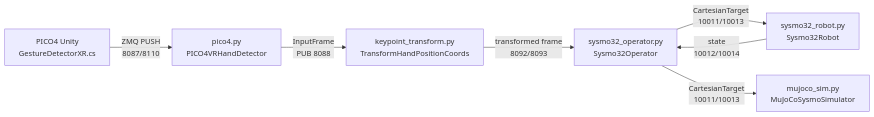
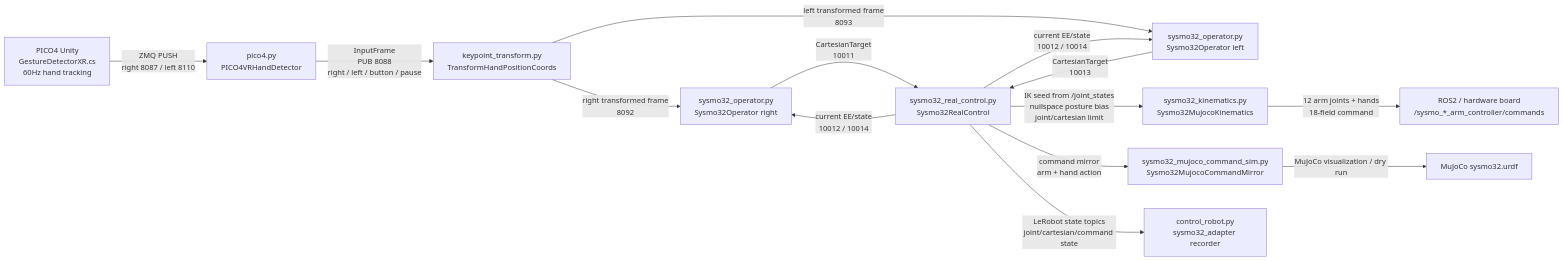
One commit to ROS-LiKunwei/VRTeleoperation changed the third of 5 diagrams in beavr-bot/docs/beavr_bot_mindmap.md. Above: the diagram before and after it, drawn with Mermaid. The commit also changed other lines of this file and 5 other files, not shown here.

````diff
--- a/beavr-bot/docs/beavr_bot_mindmap.md
+++ b/beavr-bot/docs/beavr_bot_mindmap.md
@@ -196,9 +204,19 @@
 ```mermaid
 flowchart LR
-  A[PICO4 Unity<br/>GestureDetectorXR.cs] -->|ZMQ PUSH<br/>8087/8110| B[pico4.py<br/>PICO4VRHandDetector]
-  B -->|InputFrame<br/>PUB 8088| C[keypoint_transform.py<br/>TransformHandPositionCoords]
-  C -->|transformed frame<br/>8092/8093| D[sysmo32_operator.py<br/>Sysmo32Operator]
-  D -->|CartesianTarget<br/>10011/10013| E[sysmo32_robot.py<br/>Sysmo32Robot]
-  D -->|CartesianTarget<br/>10011/10013| F[mujoco_sim.py<br/>MuJoCoSysmoSimulator]
-  E -->|state<br/>10012/10014| D
+  PICO[PICO4 Unity<br/>GestureDetectorXR.cs<br/>60Hz hand tracking] -->|ZMQ PUSH<br/>right 8087 / left 8110| Detector[pico4.py<br/>PICO4VRHandDetector]
+  Detector -->|InputFrame<br/>PUB 8088<br/>right / left / button / pause| Transform[keypoint_transform.py<br/>TransformHandPositionCoords]
+  Transform -->|right transformed frame<br/>8092| OpR[sysmo32_operator.py<br/>Sysmo32Operator right]
+  Transform -->|left transformed frame<br/>8093| OpL[sysmo32_operator.py<br/>Sysmo32Operator left]
+
+  OpR -->|CartesianTarget<br/>10011| Real[sysmo32_real_control.py<br/>Sysmo32RealControl]
+  OpL -->|CartesianTarget<br/>10013| Real
+  Real -->|current EE/state<br/>10012 / 10014| OpR
+  Real -->|current EE/state<br/>10012 / 10014| OpL
+
+  Real -->|IK seed from /joint_states<br/>nullspace posture bias<br/>joint/cartesian limit| IK[sysmo32_kinematics.py<br/>Sysmo32MujocoKinematics]
+  IK -->|12 arm joints + hands<br/>18-field command| ROS[ROS2 / hardware board<br/>/sysmo_*_arm_controller/commands]
+  Real -->|command mirror<br/>arm + hand action| Mirror[sysmo32_mujoco_command_sim.py<br/>Sysmo32MujocoCommandMirror]
+  Mirror -->|MuJoCo visualization / dry run| MuJoCo[MuJoCo sysmo32.urdf]
+
+  Real -->|LeRobot state topics<br/>joint/cartesian/command state| Recorder[control_robot.py<br/>sysmo32_adapter recorder]
 ```
````
